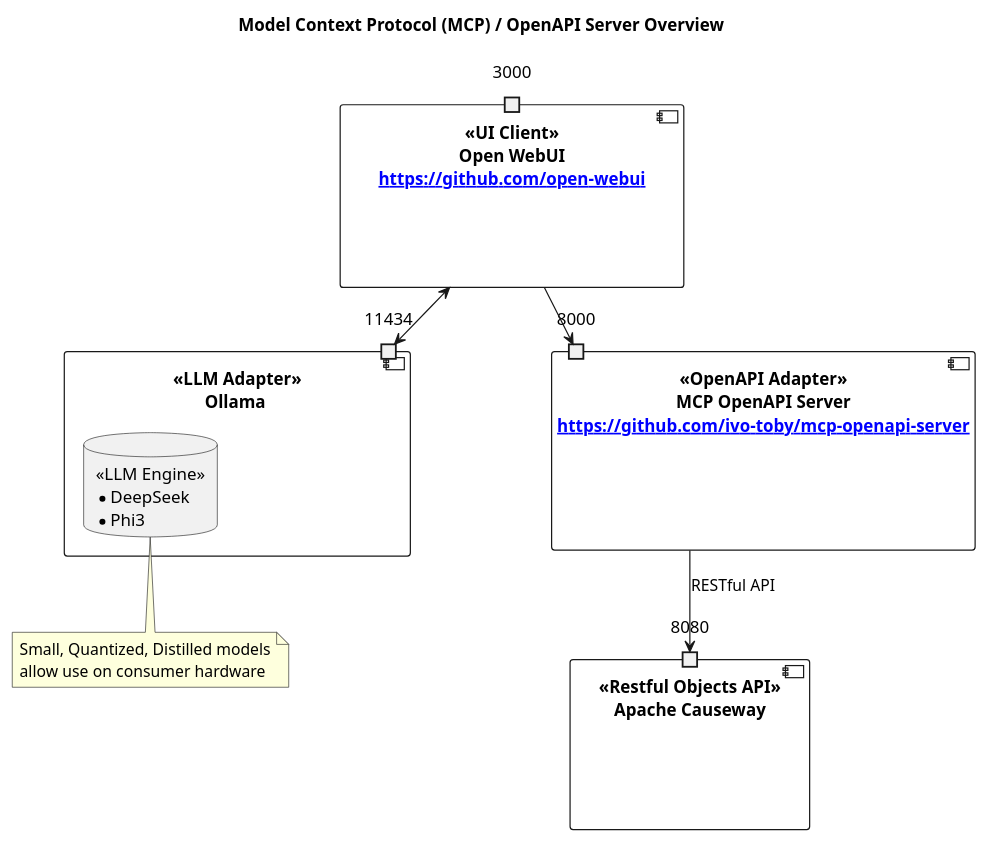
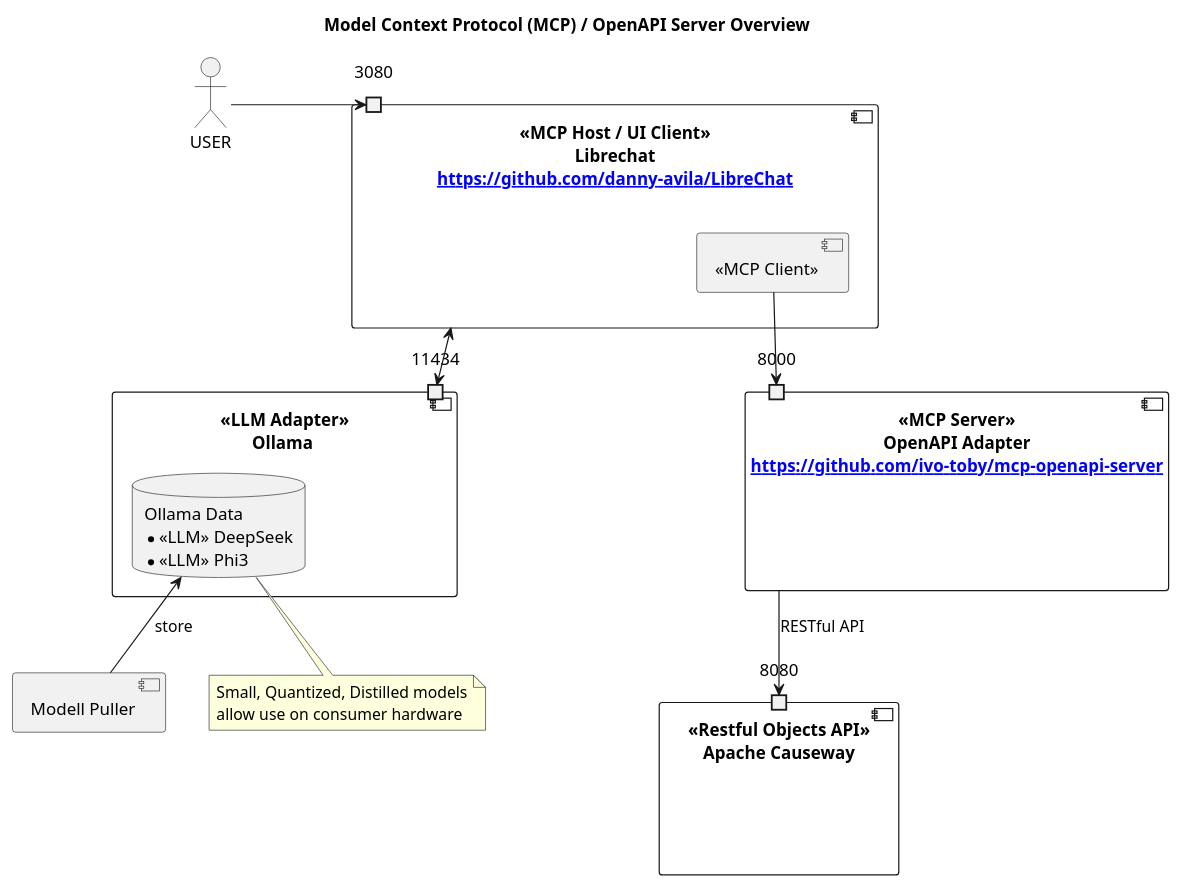
Before and after one commit to joerg-rade/chatoo: the diagram in docs/components.puml, drawn with PlantUML. The commit also changed 6 other files, not shown here.

```diff
--- a/docs/components.puml
+++ b/docs/components.puml
@@ -1,52 +1,59 @@
 @startuml
 title Model Context Protocol (MCP) / OpenAPI Server Overview
 
-component "<<UI Client>>\nOpen WebUI\n[[https://github.com/open-webui]]" as UI {
-    port "3000" as UIP
+actor USER
+
+component "<<MCP Host / UI Client>>\nLibrechat\n[[https://github.com/danny-avila/LibreChat]]" as UI {
+    port "3080" as UIP
+    component "<<MCP Client>>" as CLIENT
 }
 
 component "<<LLM Adapter>>\nOllama " as OLLAMA {
     port "11434" as OP
-    database "<<LLM Engine>>\n* DeepSeek\n* Phi3" as LLM
+    database "Ollama Data\n* <<LLM>> DeepSeek\n* <<LLM>> Phi3" as LLM
 }
 
-component "<<OpenAPI Adapter>>\nMCP OpenAPI Server\n[[https://github.com/ivo-toby/mcp-openapi-server]]" as OAA {
+component "<<MCP Server>>\nOpenAPI Adapter\n[[https://github.com/ivo-toby/mcp-openapi-server]]" as OAA {
     port "8000" as OAP
 }
 
 component "<<Restful Objects API>>\nApache Causeway" as RO {
     port "8080" as ROP
 }
 
+component "Modell Puller" as MP
+
 OAA --> ROP : RESTful API
 UI <--> OP
-UI --> OAP
+CLIENT --> OAP
+USER -> UIP
+MP -u-> LLM : store
 
 note bottom of LLM
     Small, Quantized, Distilled models
     allow use on consumer hardware
 end note
 
 /'note top of UI
 * <b>Dynamic Agent Orchestration:
     The client app uses mcp-use to connect to <b>multiple MCP servers simultaneously,
     with the ability to <b>dynamically select</b> which server to use for each task.
     This enables modular, agent-based orchestration of AI workflows.
 * <b>Flexible Server Config:
     MCP servers — either <b>local or remote</b> — can be <b>configured declaratively via JSON
     or <b>programmatically</b>, allowing adaptive deployments tailored to different
     runtime contexts or tools.
 * <b>LLM Interoperability:
     Language models (e.g. OpenAI, Ollama, DeepSeek) are accessed via standard
     <b>LangChain adapters</b>, abstracting away vendor-specific logic and enabling seamless
     switching or combination of models.
 * <b>Tool Access Control:
     Agents can be granted selective access to tools (e.g. files, APIs, memory) via centralized
     configuration in mcp-use, ensuring intentional permissioning and reduced risk of unintended
     tool invocation.
 * <b>Hosted & Web Integration:
     mcp-use is designed to operate in <b>headless, hosted, or browser-based environments,
     supporting both <b>local dev</b> and <b>production deployments.
 end note
 
 @enduml
```
